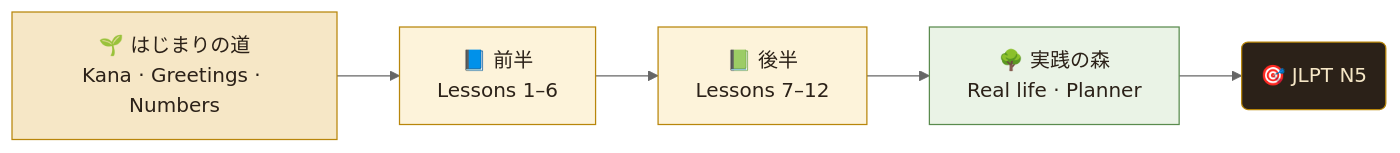
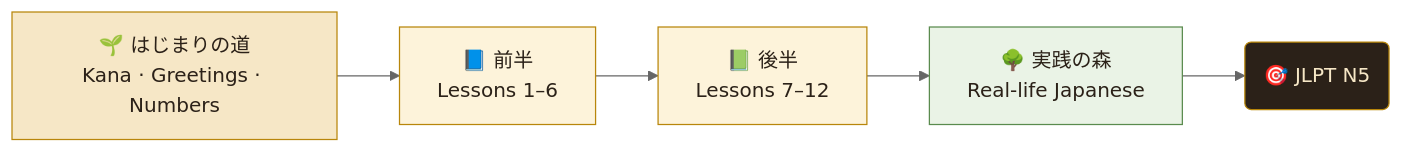
Before and after one commit to aiexploregroup-source/akira-nihongo: the first of 2 diagrams in README.md, drawn with Mermaid (neutral theme). The commit also changed other lines of this file and 11 other files, not shown here.

````diff
--- a/README.md
+++ b/README.md
@@ -26,13 +25,13 @@
 ```mermaid
 flowchart LR
     A["🌱 はじまりの道<br/>Kana · Greetings · Numbers"] --> B["📘 前半<br/>Lessons 1–6"]
     B --> C["📗 後半<br/>Lessons 7–12"]
-    C --> D["🌳 実践の森<br/>Real life · Planner"]
+    C --> D["🌳 実践の森<br/>Real-life Japanese"]
     D --> E("🎯 JLPT N5")
 
     style A fill:#F6E7C6,stroke:#B8860B,color:#2B2118
     style B fill:#FDF3DA,stroke:#B8860B,color:#2B2118
     style C fill:#FDF3DA,stroke:#B8860B,color:#2B2118
     style D fill:#EAF3E6,stroke:#5A8B4E,color:#2B2118
     style E fill:#2B2118,stroke:#B8860B,color:#F6E7C6
 ```
````
